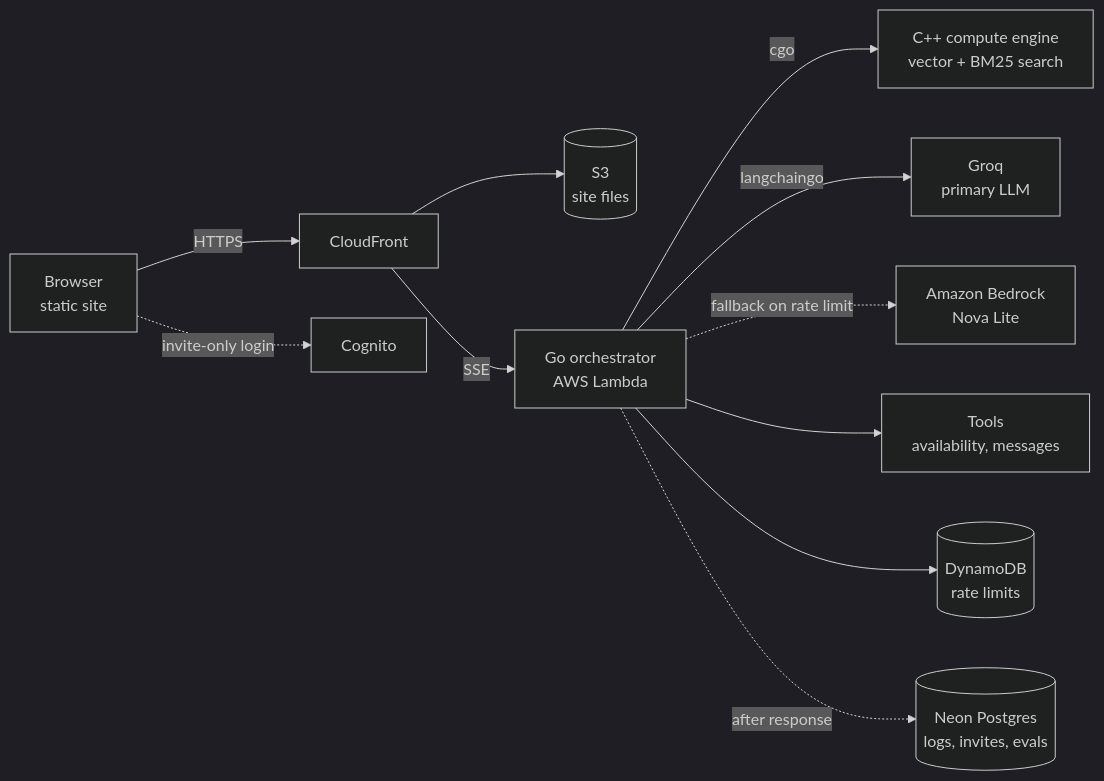
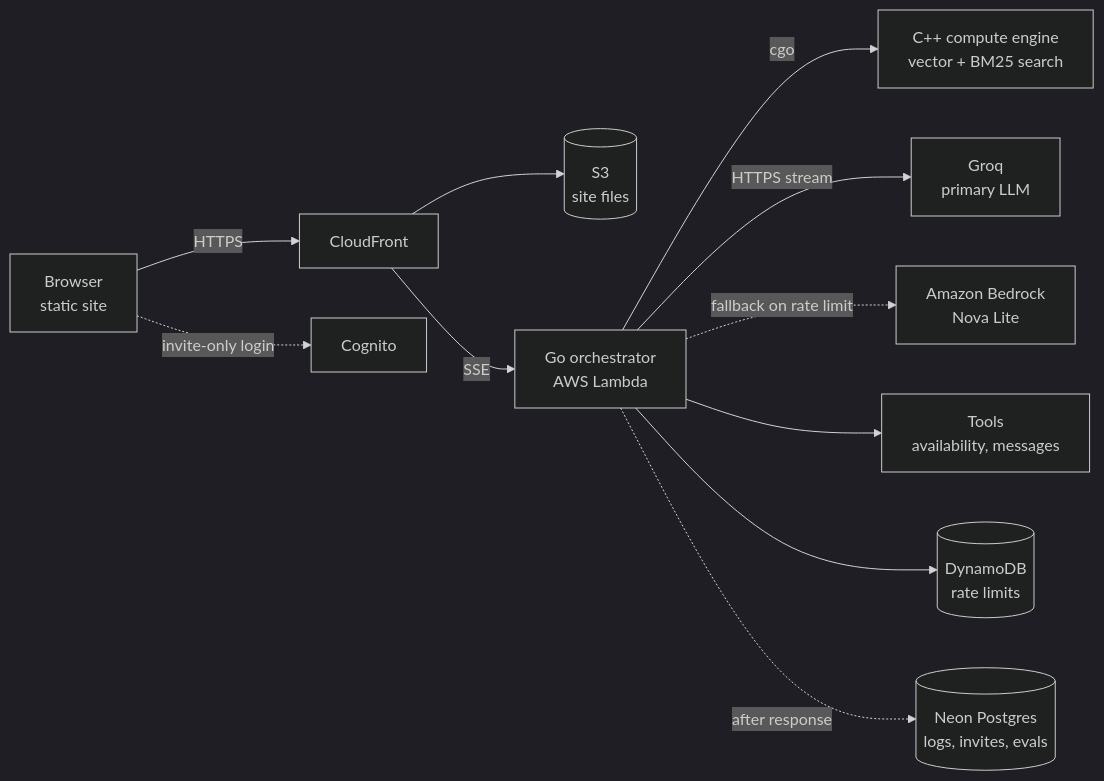
One commit to cferrante/cferrante-dev changed the diagram in README.md. Above: the diagram before and after it, drawn with Mermaid (dark theme). The commit also changed other lines of this file and 2 other files, not shown here.

First line of the commit message:
Drop langchaingo from the project (#23)

````diff
--- a/README.md
+++ b/README.md
@@ -61,13 +61,13 @@
 ```mermaid
 flowchart LR
     B[Browser<br/>static site] -->|HTTPS| CF[CloudFront]
     CF --> S3[(S3<br/>site files)]
     CF -->|SSE| L[Go orchestrator<br/>AWS Lambda]
     L -->|cgo| E[C++ compute engine<br/>vector + BM25 search]
-    L -->|langchaingo| G[Groq<br/>primary LLM]
+    L -->|HTTPS stream| G[Groq<br/>primary LLM]
     L -.->|fallback on rate limit| BR[Amazon Bedrock<br/>Nova Lite]
     L --> T[Tools<br/>availability, messages]
     L --> RL[(DynamoDB<br/>rate limits)]
     L -.->|after response| PG[(Neon Postgres<br/>logs, invites, evals)]
     B -.->|invite-only login| CG[Cognito]
 ```
````
